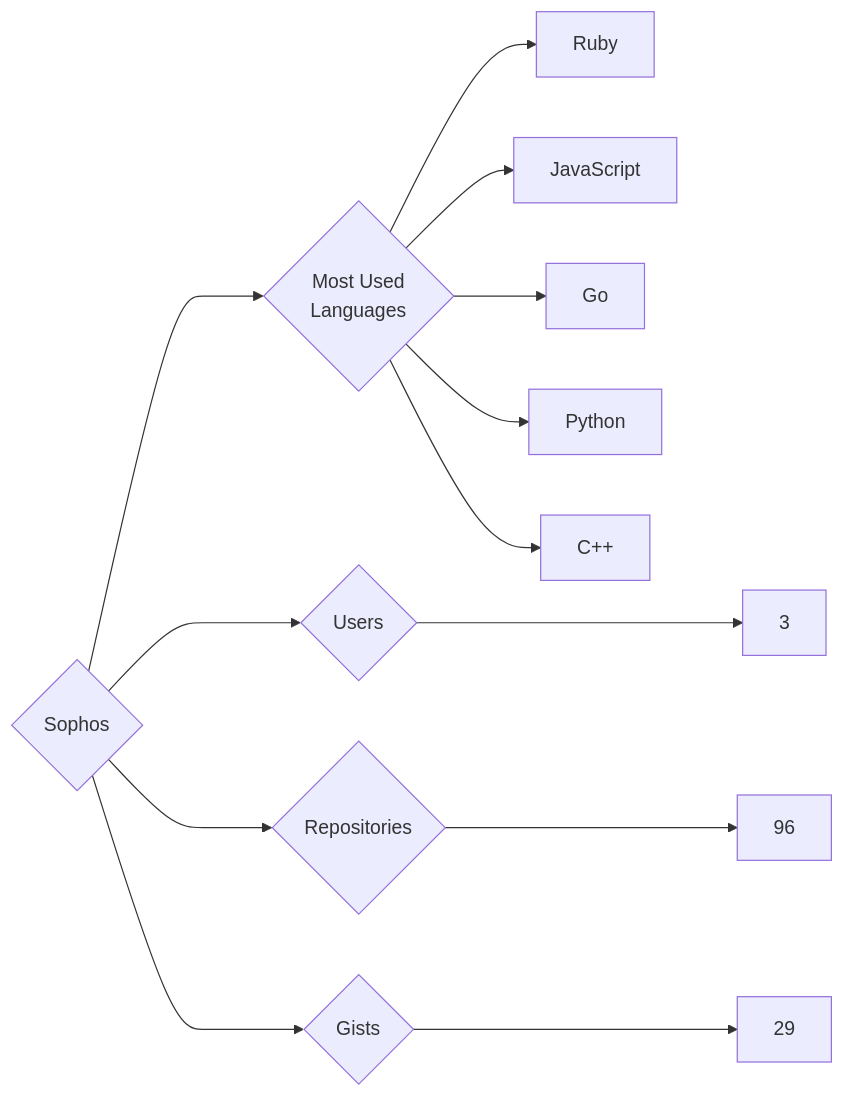
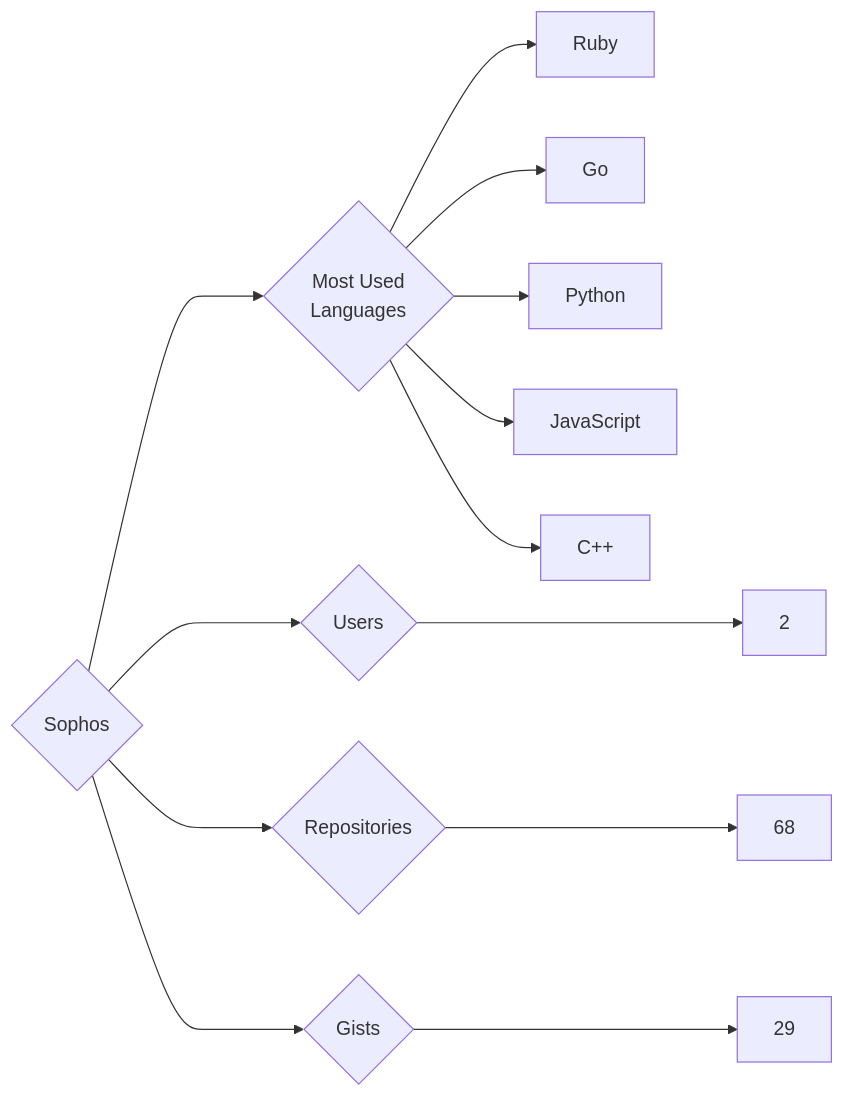
One commit to trickest/insiders changed the diagram in targets/Sophos/README.md. Above: the diagram before and after it, drawn with Mermaid. The commit also changed 878 other files, not shown here.

````diff
--- a/targets/Sophos/README.md
+++ b/targets/Sophos/README.md
@@ -3,13 +3,13 @@
 ```mermaid
 graph LR
 COMPANY_NAME{Sophos}
-COMPANY_NAME ---> U{Users} ---> UN[3]
-COMPANY_NAME ---> R{Repositories} ---> RN[96]
+COMPANY_NAME ---> U{Users} ---> UN[2]
+COMPANY_NAME ---> R{Repositories} ---> RN[68]
 COMPANY_NAME ---> G{Gists} ---> GN[29]
 COMPANY_NAME ---> ML{Most Used<br>Languages}
 ML --> Ruby[Ruby]
-ML --> JavaScript[JavaScript]
 ML --> Go[Go]
 ML --> Python[Python]
+ML --> JavaScript[JavaScript]
 ML --> C++[C++]
 ```
````
